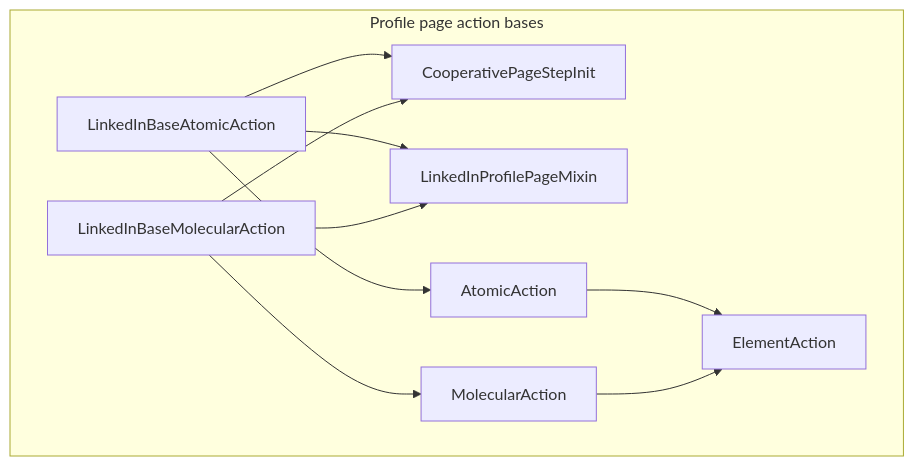
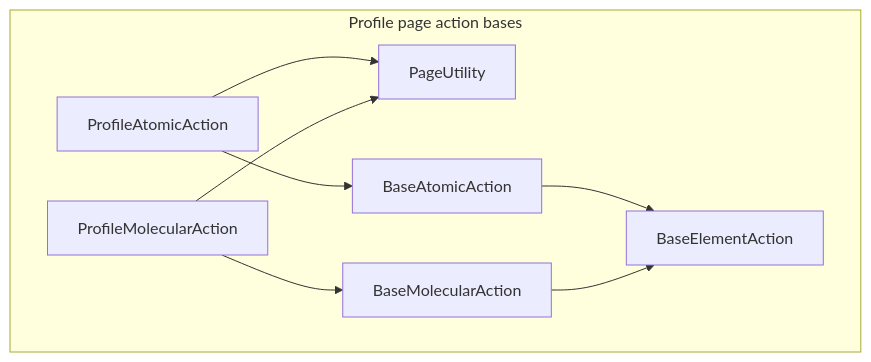
One commit to Roshan-yadav-evil-genius/Linkedin-MCP-Server changed the second of 2 diagrams in CoreArchitecture.md. Above: the diagram before and after it, drawn with Mermaid. The commit also changed other lines of this file and 15 other files, not shown here.

````diff
--- a/CoreArchitecture.md
+++ b/CoreArchitecture.md
@@ -143,20 +138,17 @@
 ```mermaid
 flowchart TB
     subgraph bases [Profile page action bases]
-        Coop[CooperativePageStepInit]
-        M[LinkedInProfilePageMixin]
-        BA[LinkedInBaseAtomicAction]
-        BM[LinkedInBaseMolecularAction]
-        E[ElementAction]
-        A[AtomicAction]
-        Mol[MolecularAction]
+        PU[PageUtility]
+        BA[ProfileAtomicAction]
+        BM[ProfileMolecularAction]
+        E[BaseElementAction]
+        A[BaseAtomicAction]
+        Mol[BaseMolecularAction]
     end
-    BA --> Coop
-    BA --> M
+    BA --> PU
     BA --> A
     A --> E
-    BM --> Coop
-    BM --> M
+    BM --> PU
     BM --> Mol
     Mol --> E
 ```
````
